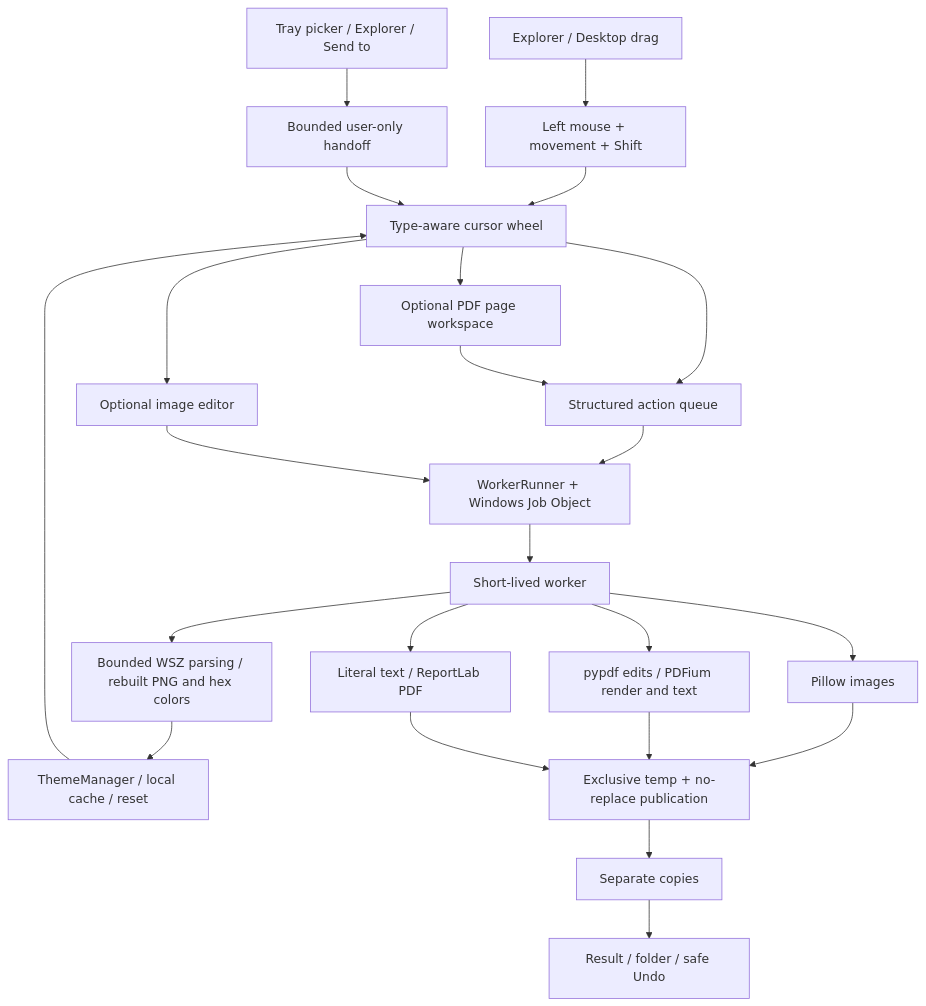
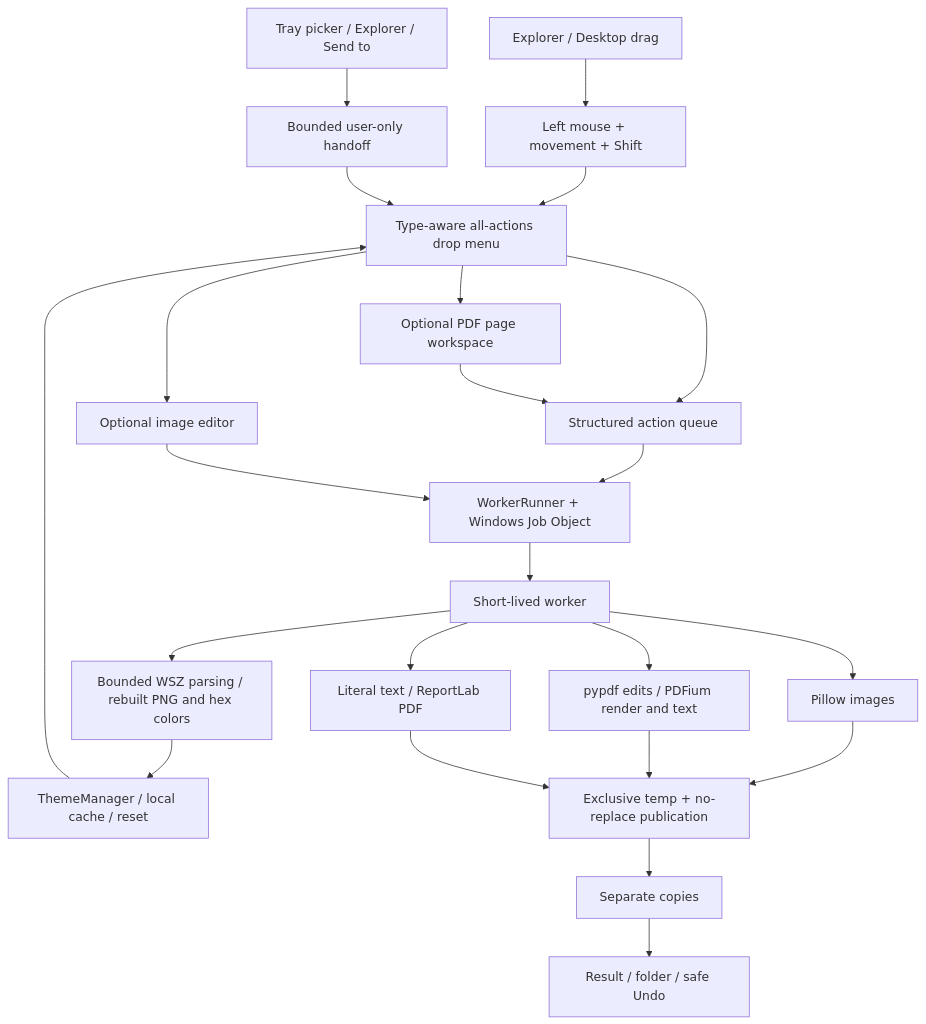
The diagram in docs/architecture.md (shishirrd/bitdeck), drawn with Mermaid before and after one commit. The commit also changed 14 other files, not shown here.

Commit message:
Show every file action in one stable drop menu and retain Qt test app

````diff
--- a/docs/architecture.md
+++ b/docs/architecture.md
@@ -3,25 +3,25 @@
 ```mermaid
 flowchart TD
     Explorer[Explorer / Desktop drag] --> Trigger[Left mouse + movement + Shift]
-    Trigger --> Wheel[Type-aware cursor wheel]
+    Trigger --> Wheel[Type-aware all-actions drop menu]
     Files[Tray picker / Explorer / Send to] --> Handoff[Bounded user-only handoff]
     Handoff --> Wheel
     Wheel --> Queue[Structured action queue]
     Wheel --> Editor[Optional image editor]
     Wheel --> Pages[Optional PDF page workspace]
     Pages --> Queue
     Queue --> Controller[WorkerRunner + Windows Job Object]
     Editor --> Controller
     Controller --> Worker[Short-lived worker]
     Worker --> Images[Pillow images]
     Worker --> PDF[pypdf edits / PDFium render and text]
     Worker --> Text[Literal text / ReportLab PDF]
     Worker --> Skin[Bounded WSZ parsing / rebuilt PNG and hex colors]
     Skin --> Themes[ThemeManager / local cache / reset]
     Themes --> Wheel
     Images --> Publish[Exclusive temp + no-replace publication]
     PDF --> Publish
     Text --> Publish
     Publish --> Outputs[Separate copies]
     Outputs --> Card[Result / folder / safe Undo]
 ```
````
